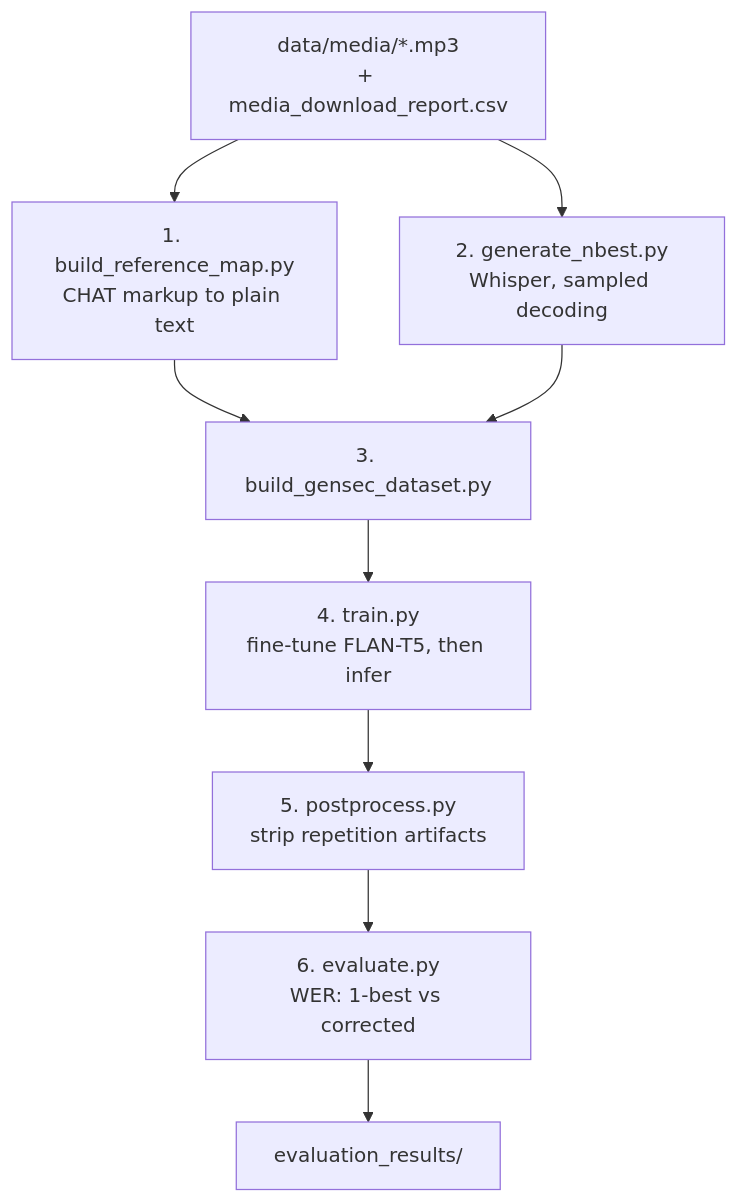
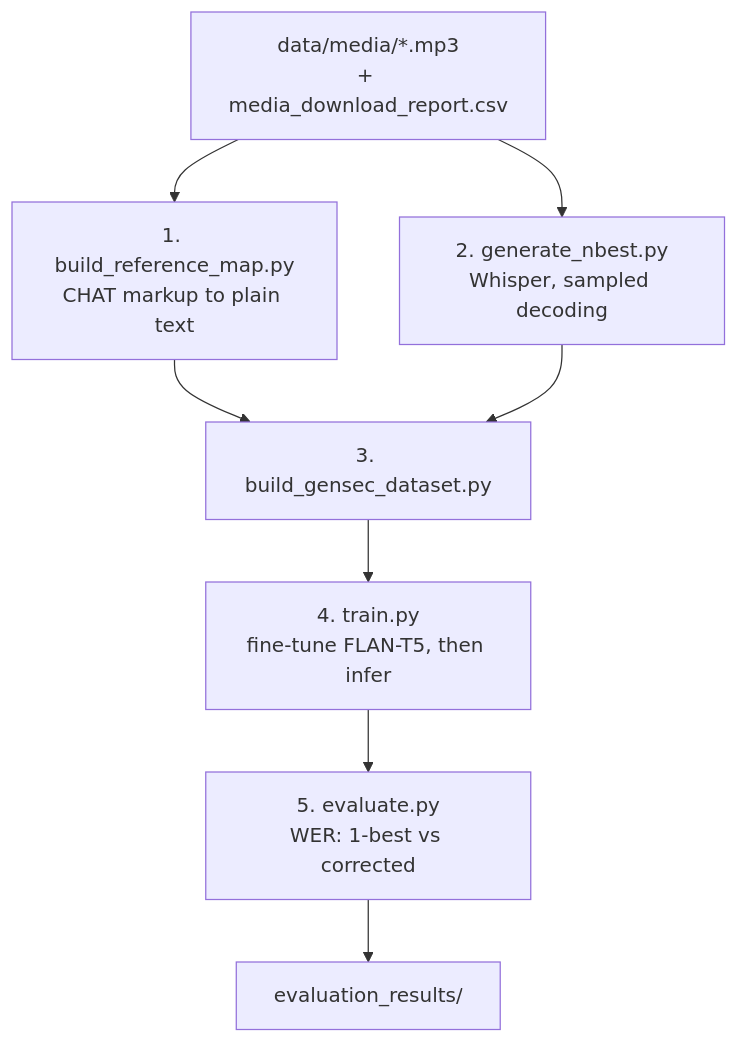
Before and after one commit to girwandhakal/gensec-asr: the diagram in README.md, drawn with Mermaid. The commit also changed other lines of this file and 9 other files, not shown here.

````diff
--- a/README.md
+++ b/README.md
@@ -53,11 +53,10 @@
 ```mermaid
 flowchart TD
     A["data/media/*.mp3<br/>+ media_download_report.csv"] --> B[1. build_reference_map.py<br/>CHAT markup to plain text]
     A --> C[2. generate_nbest.py<br/>Whisper, sampled decoding]
     B --> D[3. build_gensec_dataset.py]
     C --> D
     D --> E[4. train.py<br/>fine-tune FLAN-T5, then infer]
-    E --> F[5. postprocess.py<br/>strip repetition artifacts]
-    F --> G[6. evaluate.py<br/>WER: 1-best vs corrected]
-    G --> H[evaluation_results/]
+    E --> F[5. evaluate.py<br/>WER: 1-best vs corrected]
+    F --> G[evaluation_results/]
 ```
````
